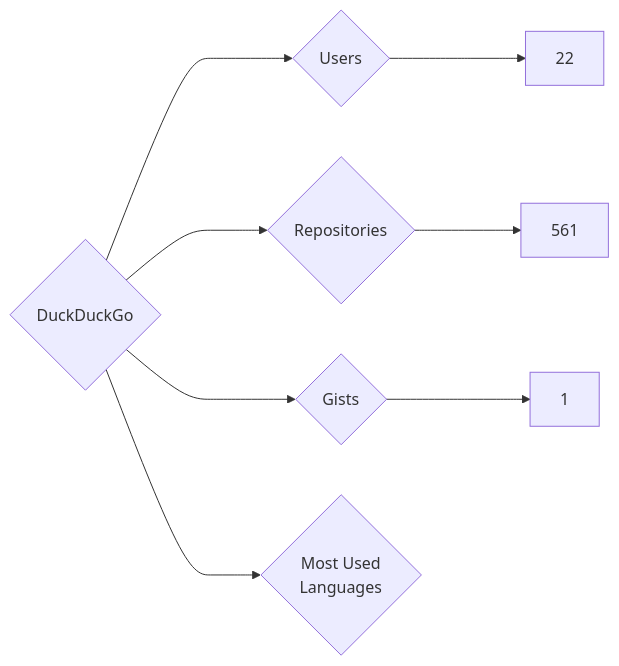
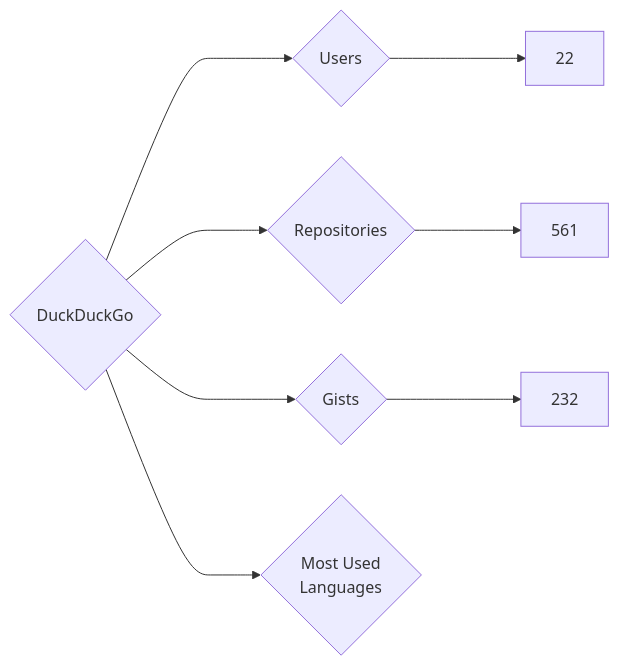
The diagram in targets/DuckDuckGo/README.md (nenadzaric/insiders), drawn with Mermaid before and after one commit. The commit also changed 1342 other files, not shown here.

````diff
--- a/targets/DuckDuckGo/README.md
+++ b/targets/DuckDuckGo/README.md
@@ -3,8 +3,8 @@
 ```mermaid
 graph LR
 COMPANY_NAME{DuckDuckGo}
 COMPANY_NAME ---> U{Users} ---> UN[22]
 COMPANY_NAME ---> R{Repositories} ---> RN[561]
-COMPANY_NAME ---> G{Gists} ---> GN[1]
+COMPANY_NAME ---> G{Gists} ---> GN[232]
 COMPANY_NAME ---> ML{Most Used<br>Languages}
 ```
````
